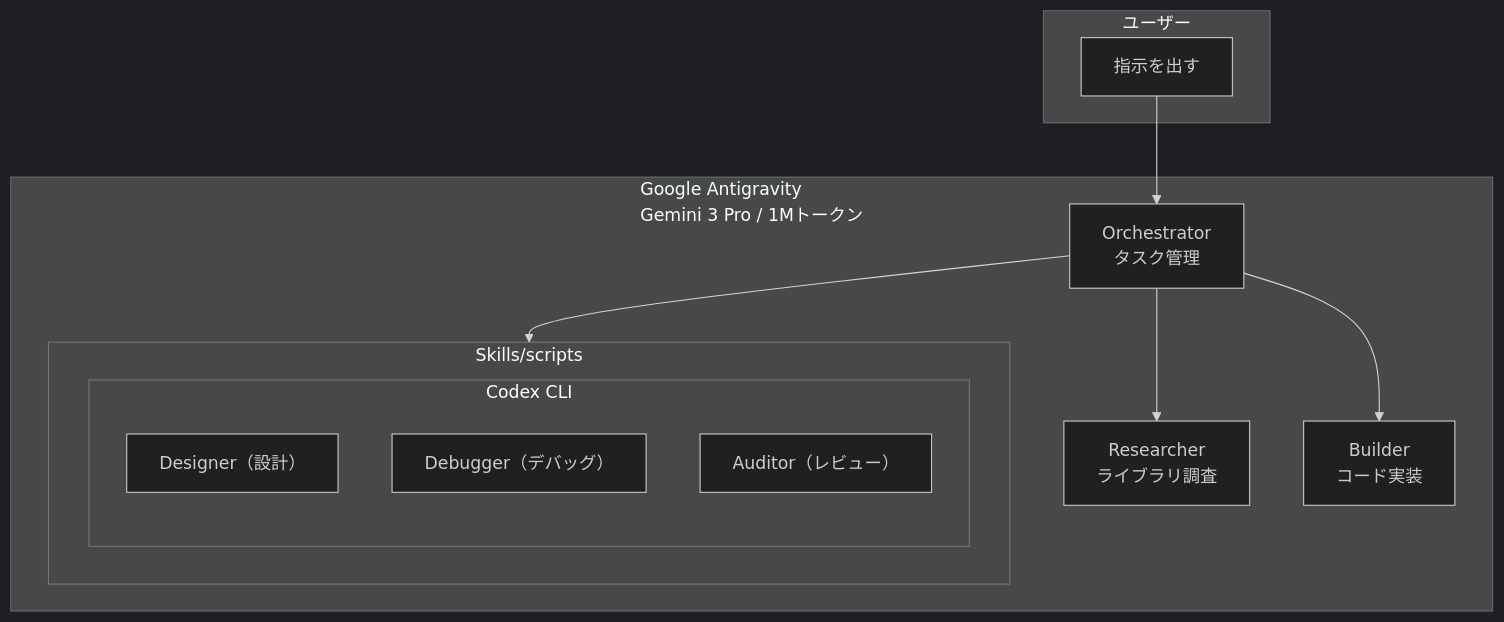
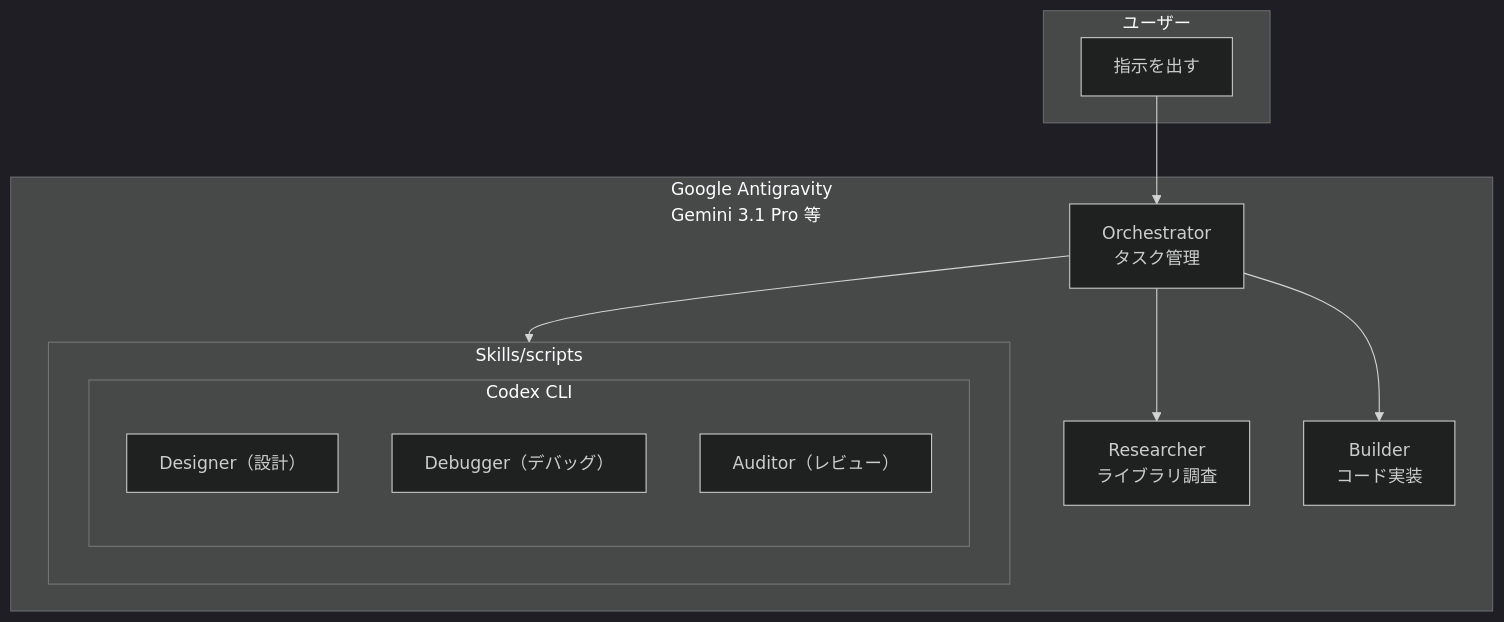
One commit to Sora-bluesky/zenn-articles changed the first of 3 diagrams in articles/antigravity-orchestra-guide.md. Above: the diagram before and after it, drawn with Mermaid (dark theme). The commit also changed other lines of this file and 16 other files, not shown here.

````diff
--- a/articles/antigravity-orchestra-guide.md
+++ b/articles/antigravity-orchestra-guide.md
@@ -107,25 +107,25 @@
 ```mermaid
 flowchart TB
     subgraph User["ユーザー"]
         U["指示を出す"]
     end
 
-    subgraph Antigravity["Google Antigravity<br/>Gemini 3 Pro / 1Mトークン"]
+    subgraph Antigravity["Google Antigravity<br/>Gemini 3.1 Pro 等"]
         A1["Orchestrator<br/>タスク管理"]
         A2["Researcher<br/>ライブラリ調査"]
         A3["Builder<br/>コード実装"]
 
         subgraph Scripts["Skills/scripts"]
             subgraph Codex["Codex CLI"]
                 C1["Designer（設計）"]
                 C2["Debugger（デバッグ）"]
                 C3["Auditor（レビュー）"]
             end
         end
     end
 
     U --> A1
     A1 --> A2
     A1 --> A3
     A1 --> Scripts
 ```
````
